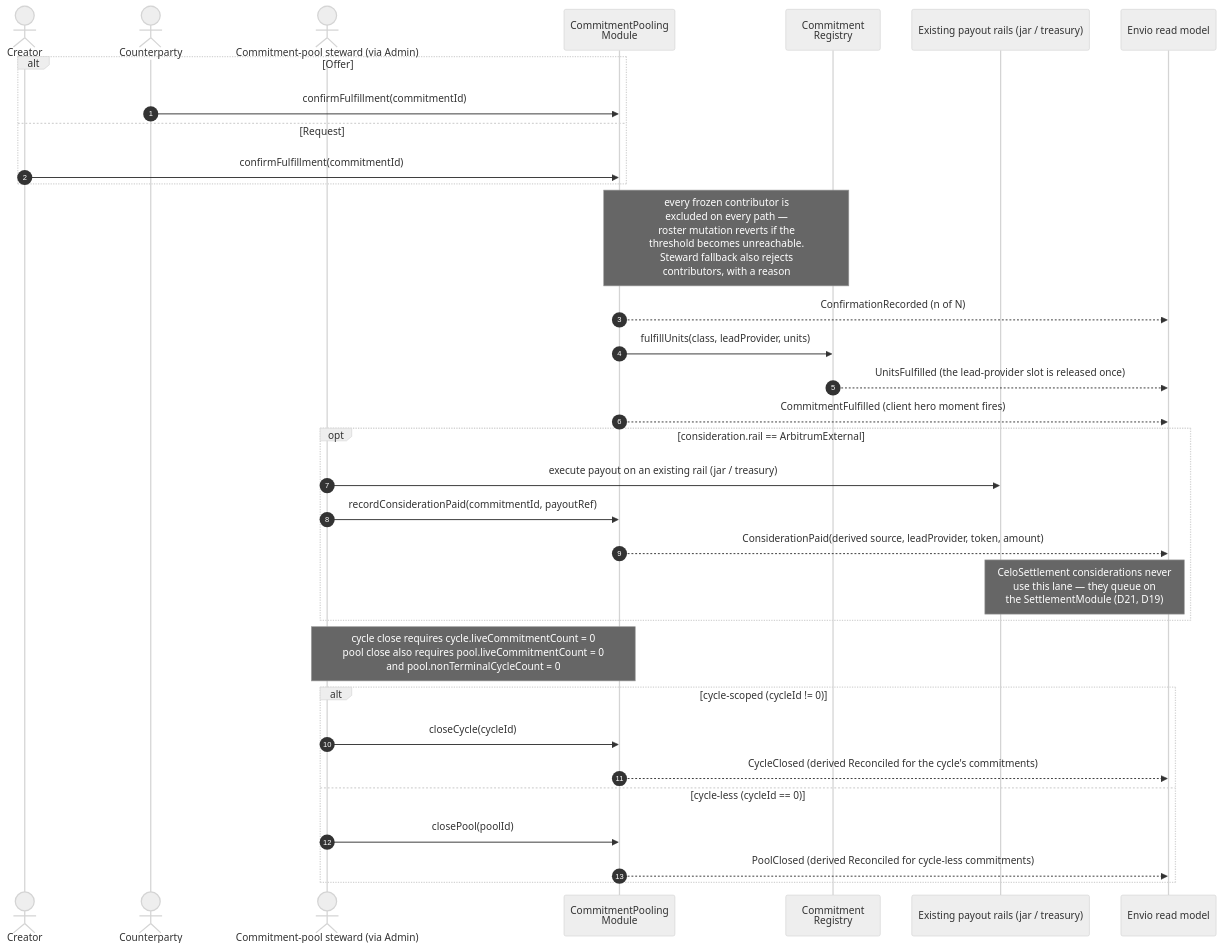
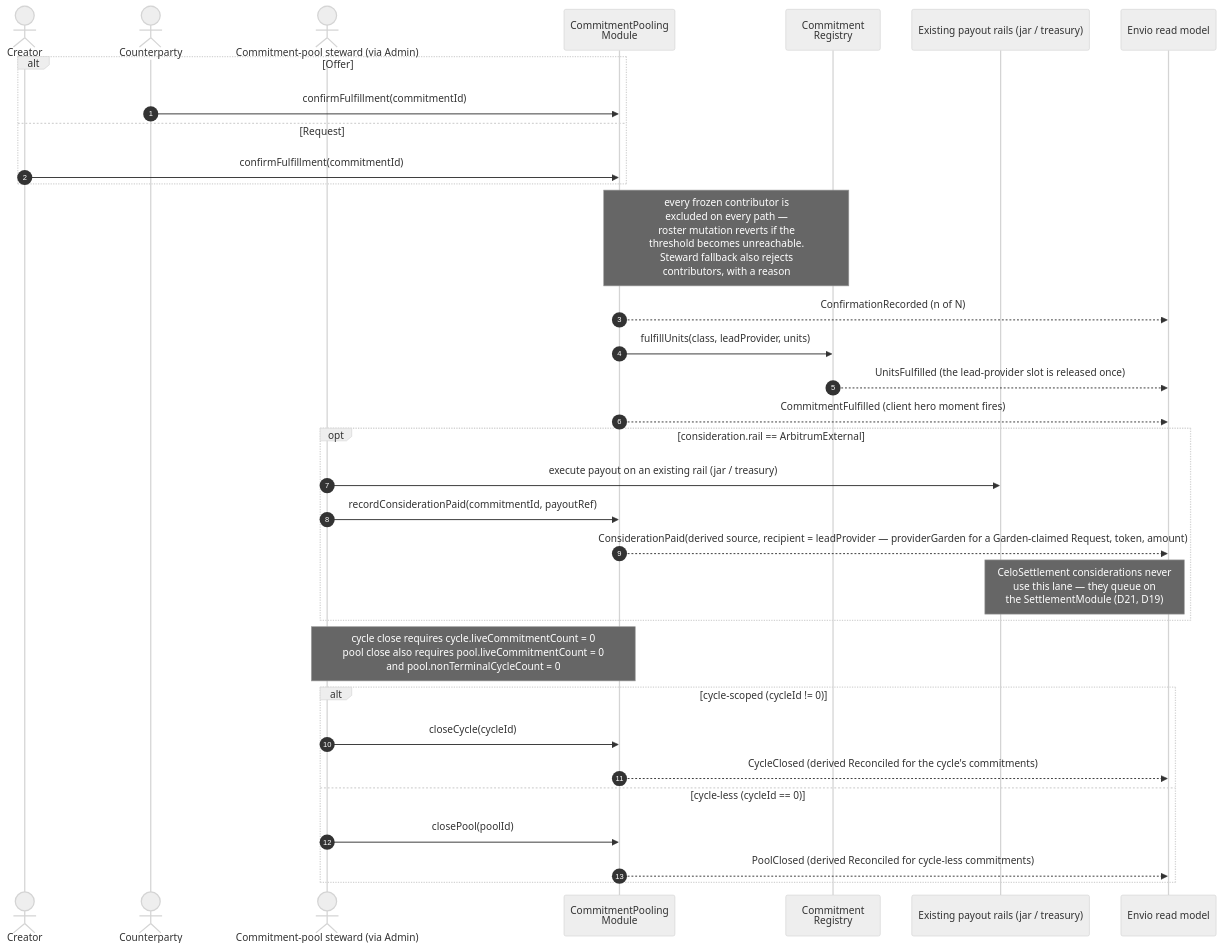
The eighth of 43 diagrams in .plans/active/commitment-pooling/diagrams.md (greenpill-dev-guild/green-goods), drawn with Mermaid (neutral theme) before and after one commit. The commit also changed other lines of this file and 6 other files, not shown here.

First line of the commit message:
docs(commitment-pooling): realign the architecture tab with the merged contracts

````diff
--- a/.plans/active/commitment-pooling/diagrams.md
+++ b/.plans/active/commitment-pooling/diagrams.md
@@ -563,36 +574,36 @@
 ```mermaid
 sequenceDiagram
   autonumber
   actor A as Creator
   actor B as Counterparty
   actor OP as Commitment-pool steward (via Admin)
   participant M as CommitmentPooling<br/>Module
   participant R as Commitment<br/>Registry
   participant RAILS as Existing payout rails (jar / treasury)
   participant IDX as Envio read model
 
   alt Offer
     B->>M: confirmFulfillment(commitmentId)
   else Request
     A->>M: confirmFulfillment(commitmentId)
   end
   Note over M,R: every frozen contributor is<br/>excluded on every path —<br/>roster mutation reverts if the<br/>threshold becomes unreachable.<br/>Steward fallback also rejects<br/>contributors, with a reason
   M-->>IDX: ConfirmationRecorded (n of N)
   M->>R: fulfillUnits(class, leadProvider, units)
   R-->>IDX: UnitsFulfilled (the lead-provider slot is released once)
   M-->>IDX: CommitmentFulfilled (client hero moment fires)
   opt consideration.rail == ArbitrumExternal
     OP->>RAILS: execute payout on an existing rail (jar / treasury)
     OP->>M: recordConsiderationPaid(commitmentId, payoutRef)
-    M-->>IDX: ConsiderationPaid(derived source, leadProvider, token, amount)
+    M-->>IDX: ConsiderationPaid(derived source, recipient = leadProvider — providerGarden for a Garden-claimed Request, token, amount)
     Note over RAILS,IDX: CeloSettlement considerations never<br/>use this lane — they queue on<br/>the SettlementModule (D21, D19)
   end
   Note over OP,M: cycle close requires cycle.liveCommitmentCount = 0<br/>pool close also requires pool.liveCommitmentCount = 0<br/>and pool.nonTerminalCycleCount = 0
   alt cycle-scoped (cycleId != 0)
     OP->>M: closeCycle(cycleId)
     M-->>IDX: CycleClosed (derived Reconciled for the cycle's commitments)
   else cycle-less (cycleId == 0)
     OP->>M: closePool(poolId)
     M-->>IDX: PoolClosed (derived Reconciled for cycle-less commitments)
   end
 ```
````
